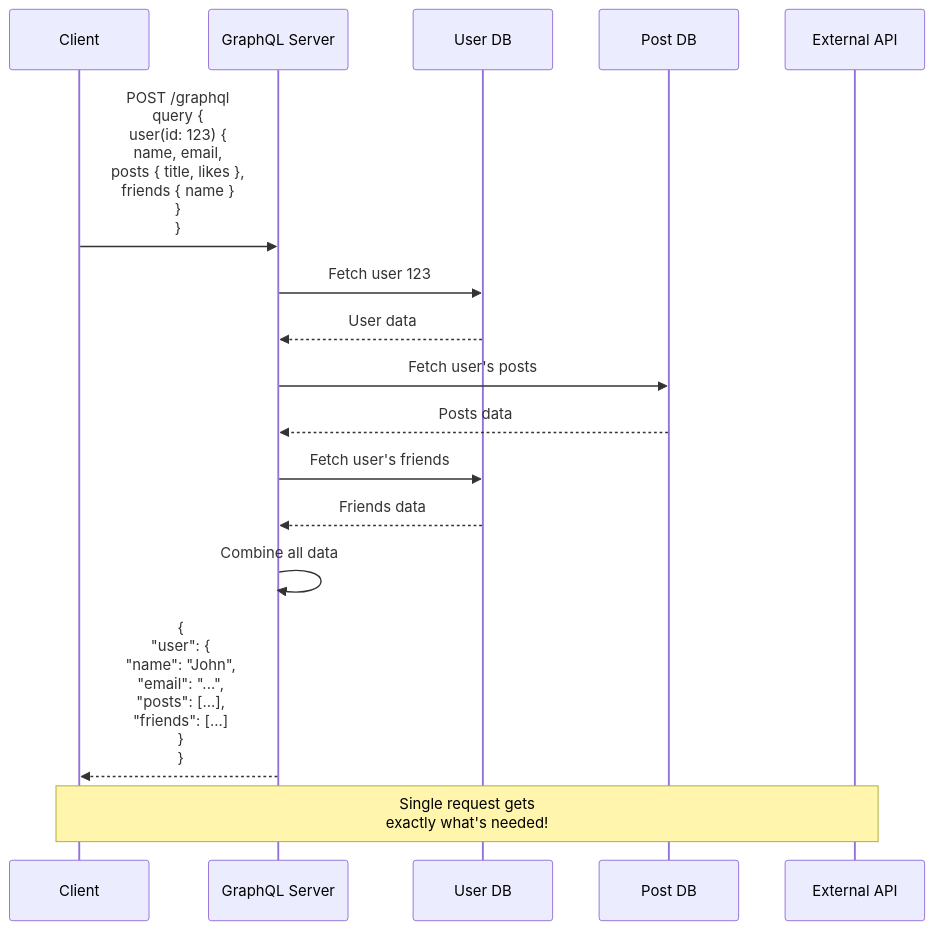
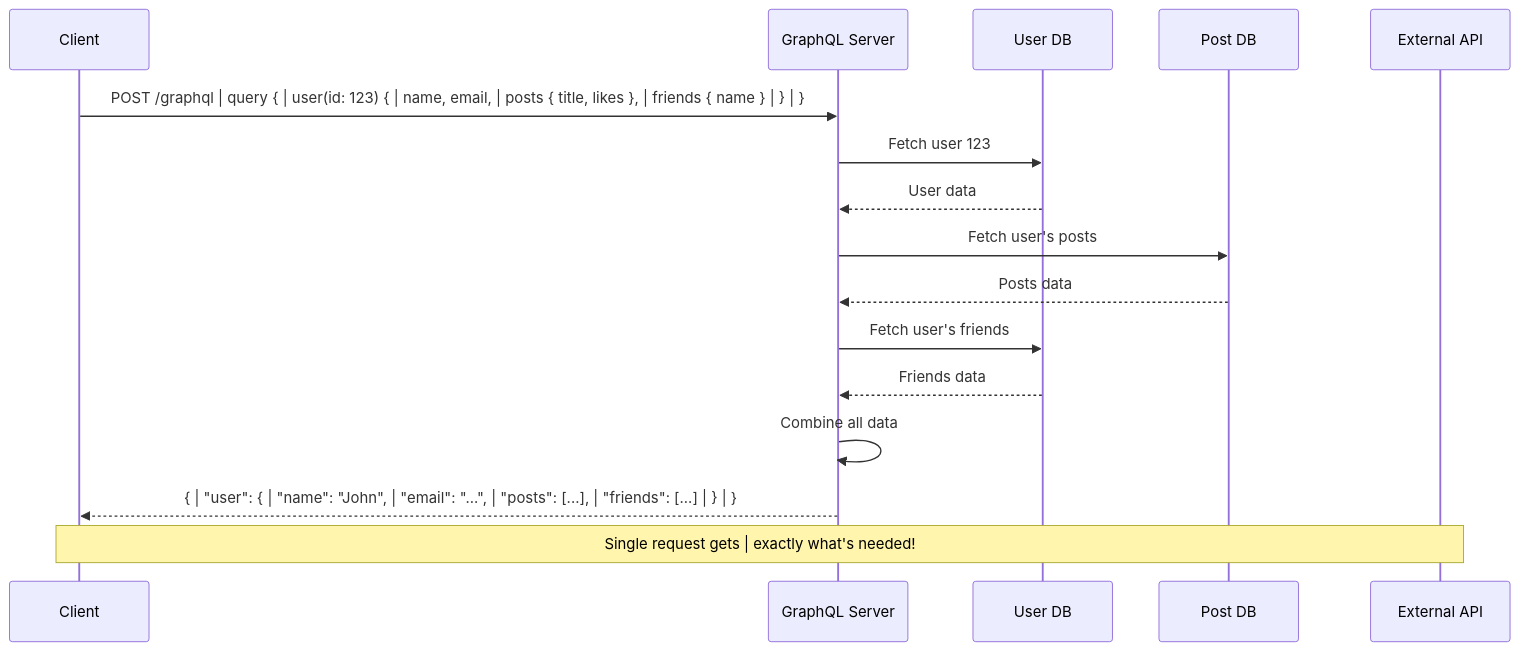
One commit to p1kmr/for-reading changed the third of 9 diagrams in HLD/foundation/05_api-design.md. Above: the diagram before and after it, drawn with Mermaid. The commit also changed other lines of this file and 14 other files, not shown here.

Commit message:
Fix Mermaid diagram syntax: Replace <br/> with <br> for GitHub compatibility

````diff
--- a/HLD/foundation/05_api-design.md
+++ b/HLD/foundation/05_api-design.md
@@ -165,25 +165,25 @@
 ```mermaid
 sequenceDiagram
     participant Client
     participant GraphQL as GraphQL Server
     participant DB1 as User DB
     participant DB2 as Post DB
     participant API as External API
 
-    Client->>GraphQL: POST /graphql<br/>query {<br/>  user(id: 123) {<br/>    name, email,<br/>    posts { title, likes },<br/>    friends { name }<br/>  }<br/>}
+    Client->>GraphQL: POST /graphql | query { |   user(id: 123) { |     name, email, |     posts { title, likes }, |     friends { name } |   } | }
 
     GraphQL->>DB1: Fetch user 123
     DB1-->>GraphQL: User data
 
     GraphQL->>DB2: Fetch user's posts
     DB2-->>GraphQL: Posts data
 
     GraphQL->>DB1: Fetch user's friends
     DB1-->>GraphQL: Friends data
 
     GraphQL->>GraphQL: Combine all data
 
-    GraphQL-->>Client: {<br/>  "user": {<br/>    "name": "John",<br/>    "email": "...",<br/>    "posts": [...],<br/>    "friends": [...]<br/>  }<br/>}
+    GraphQL-->>Client: { |   "user": { |     "name": "John", |     "email": "...", |     "posts": [...], |     "friends": [...] |   } | }
 
-    Note over Client,API: Single request gets<br/>exactly what's needed!
+    Note over Client,API: Single request gets | exactly what's needed!
 ```
````
